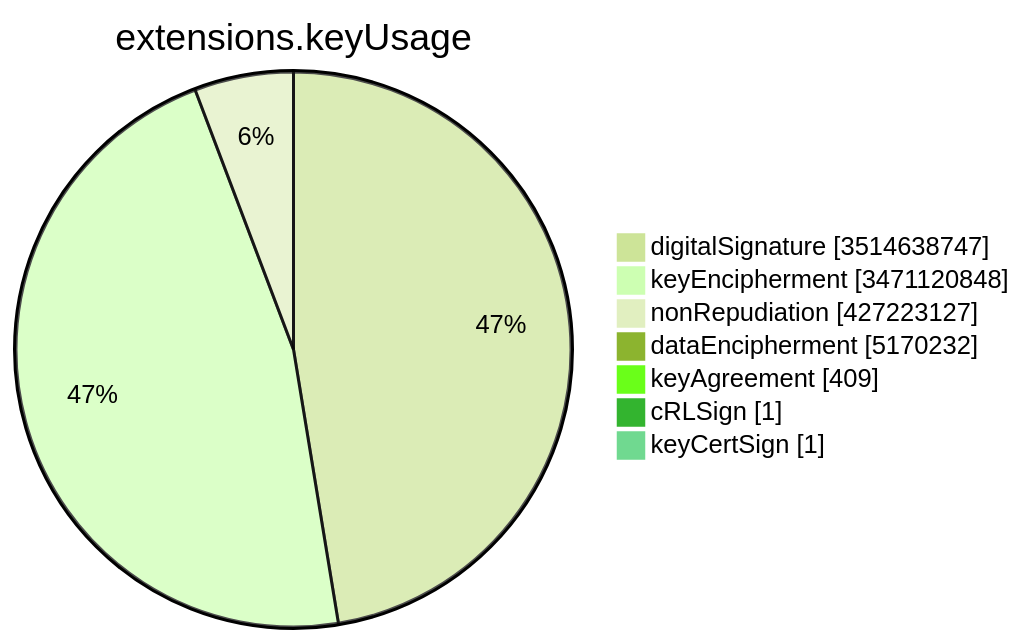
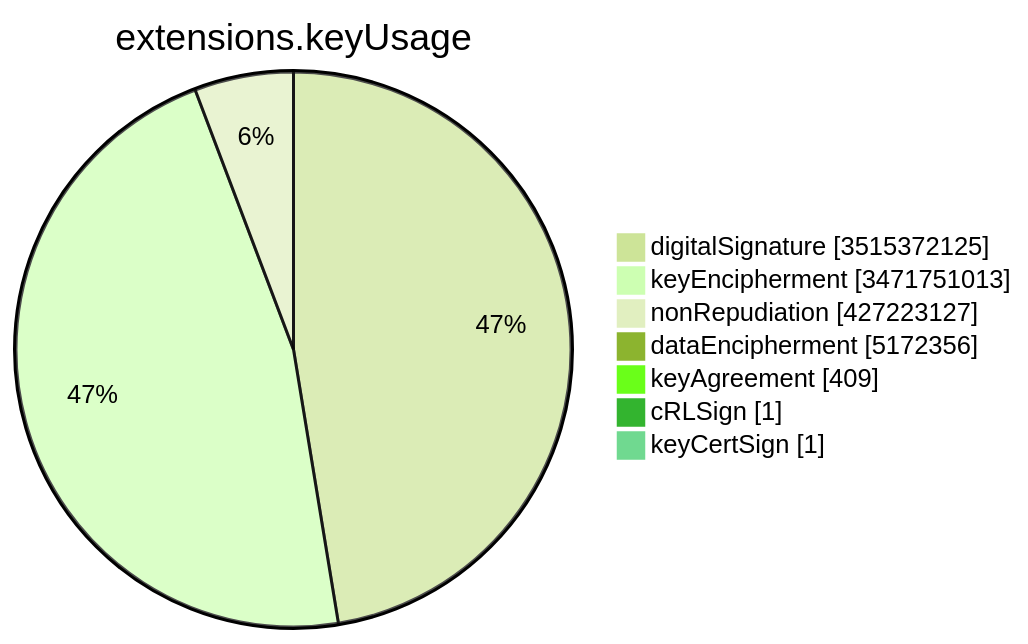
Before and after one commit to christiankrug/ctmonitor_visualization: the sixth of 15 diagrams in TOTAL/README.md, drawn with Mermaid (forest theme). The commit also changed other lines of this file, not shown here.

````diff
--- a/TOTAL/README.md
+++ b/TOTAL/README.md
@@ -3083,11 +3083,11 @@
 ```mermaid
 pie showData
 title extensions.keyUsage
-"digitalSignature" :3514638747
-"keyEncipherment" :3471120848
+"digitalSignature" :3515372125
+"keyEncipherment" :3471751013
 "nonRepudiation" :427223127
-"dataEncipherment" :5170232
+"dataEncipherment" :5172356
 "keyAgreement" :409
 "cRLSign" :1
 "keyCertSign" :1
 ```
````
